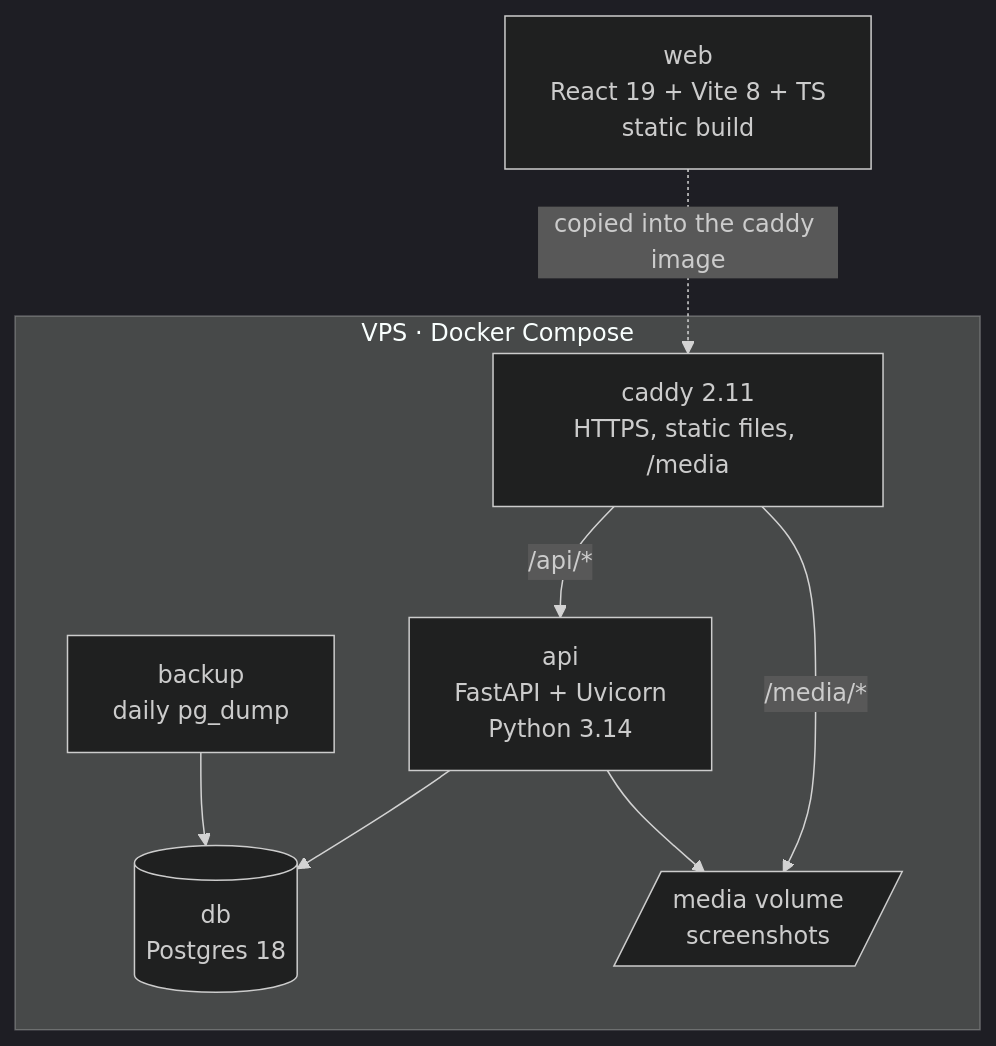
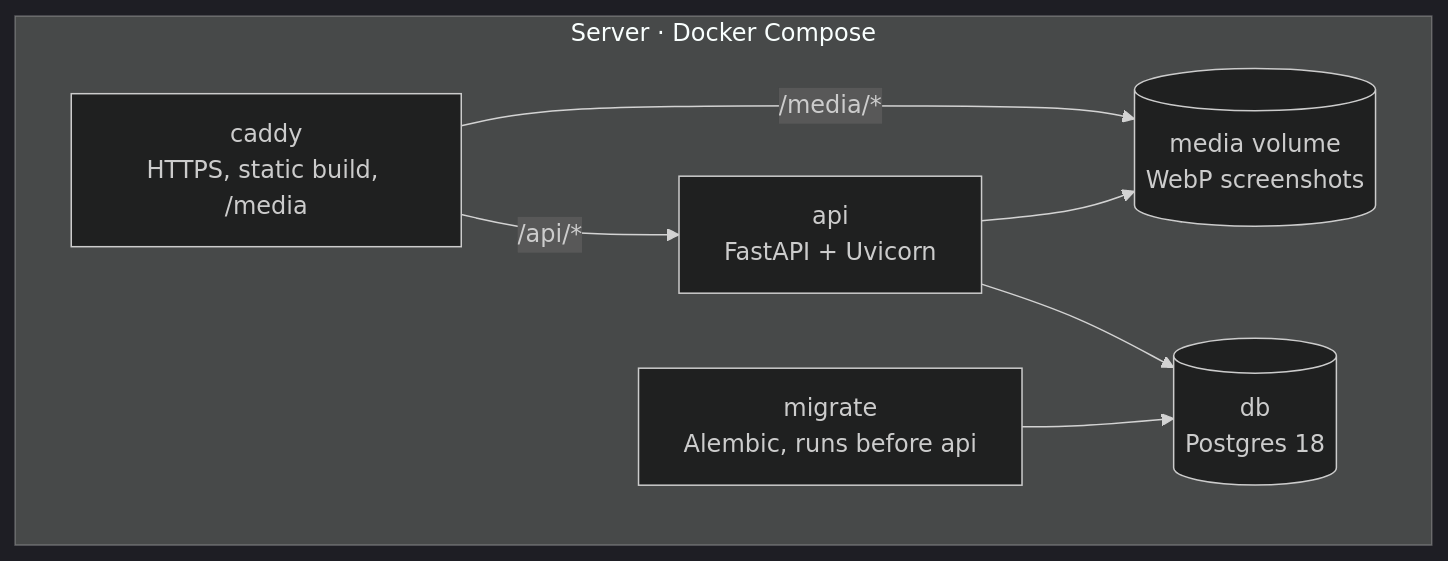
Before and after one commit to GearXnico/Portafolio-Page: the first of 3 diagrams in docs/architecture.md, drawn with Mermaid (dark theme). The commit also changed other lines of this file and 4 other files, not shown here.

````diff
--- a/docs/architecture.md
+++ b/docs/architecture.md
@@ -41,16 +7,15 @@
 ```mermaid
 flowchart TB
-    subgraph VPS["VPS · Docker Compose"]
-        C[caddy 2.11<br/>HTTPS, static files, /media]
-        A[api<br/>FastAPI + Uvicorn<br/>Python 3.14]
+    subgraph Host["Server · Docker Compose"]
+        C[caddy<br/>HTTPS, static build, /media]
+        A[api<br/>FastAPI + Uvicorn]
+        MG[migrate<br/>Alembic, runs before api]
         D[(db<br/>Postgres 18)]
-        M[/media volume<br/>screenshots/]
-        B[backup<br/>daily pg_dump]
+        M[(media volume<br/>WebP screenshots)]
     end
-    W[web<br/>React 19 + Vite 8 + TS<br/>static build] -. copied into the caddy image .-> C
     C -->|/api/*| A
     C -->|/media/*| M
     A --> D
     A --> M
-    B --> D
+    MG --> D
 ```
````
